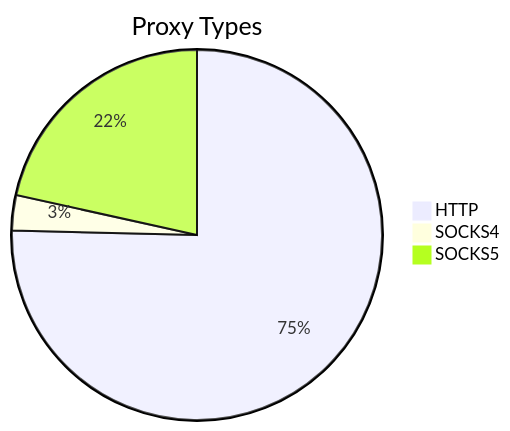
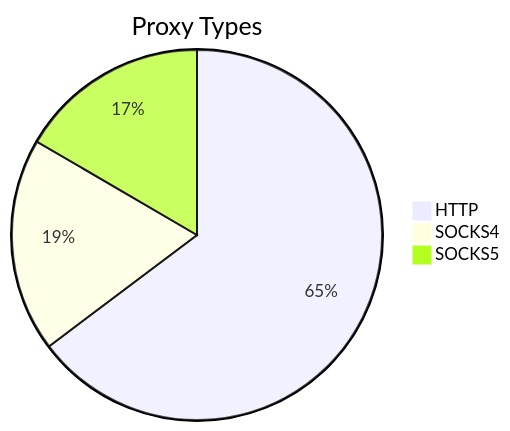
Before and after one commit to stormsia/proxy-list: the first of 2 diagrams in README.md, drawn with Mermaid. The commit also changed other lines of this file, not shown here.

````diff
--- a/README.md
+++ b/README.md
@@ -21,6 +21,6 @@
 ```mermaid
 pie title Proxy Types
-    "HTTP" : 147
-    "SOCKS4" : 6
-    "SOCKS5" : 42
+    "HTTP" : 312
+    "SOCKS4" : 90
+    "SOCKS5" : 80
 ```
````
